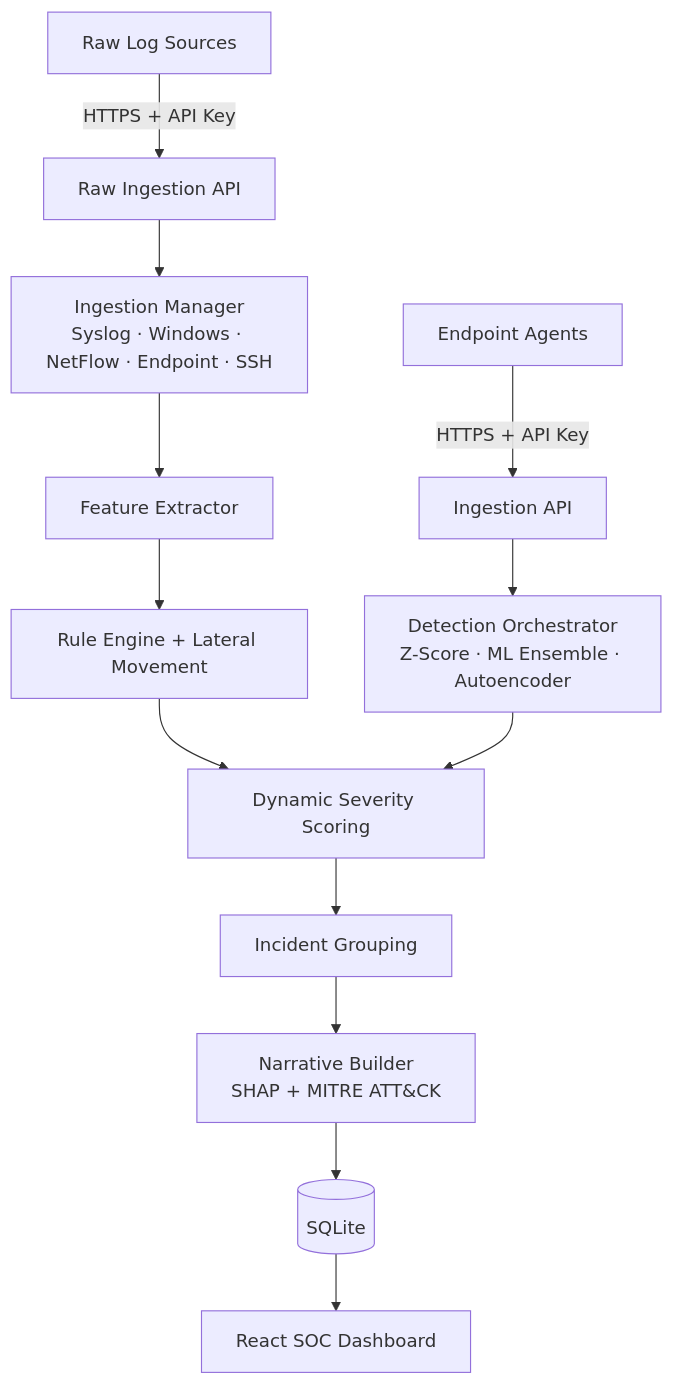
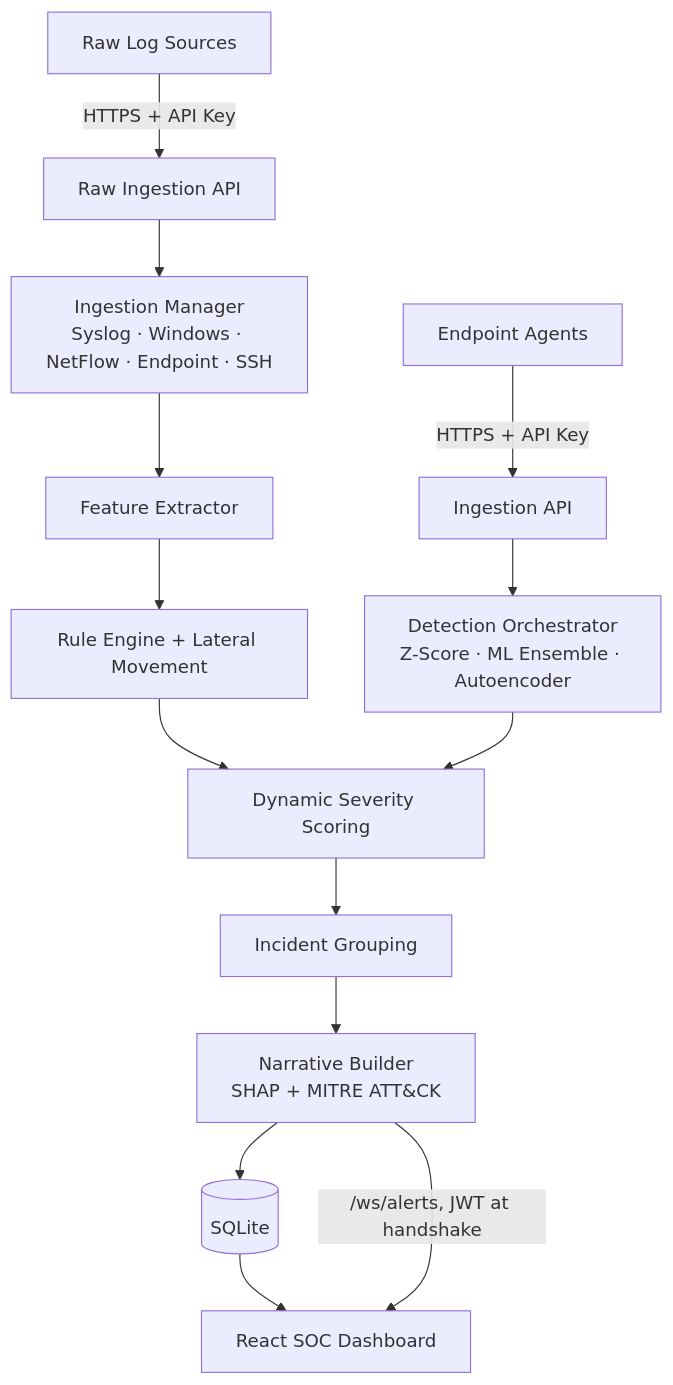
The diagram in README.md (tsmanral/lsadra), drawn with Mermaid before and after one commit. The commit also changed other lines of this file and 5 other files, not shown here.

````diff
--- a/README.md
+++ b/README.md
@@ -103,15 +114,16 @@
 ```mermaid
 graph TD
     A[Endpoint Agents] -->|HTTPS + API Key| B[Ingestion API]
     R[Raw Log Sources] -->|HTTPS + API Key| V[Raw Ingestion API]
     V --> IM[Ingestion Manager<br/>Syslog · Windows · NetFlow · Endpoint · SSH]
     IM --> FE[Feature Extractor]
     B --> C[Detection Orchestrator<br/>Z-Score · ML Ensemble · Autoencoder]
     FE --> RE[Rule Engine + Lateral Movement]
     RE --> SV[Dynamic Severity Scoring]
     C --> SV
     SV --> INC[Incident Grouping]
     INC --> NB[Narrative Builder<br/>SHAP + MITRE ATT&CK]
     NB --> DB[(SQLite)]
     DB --> DASH[React SOC Dashboard]
+    NB -->|/ws/alerts, JWT at handshake| DASH
 ```
````
